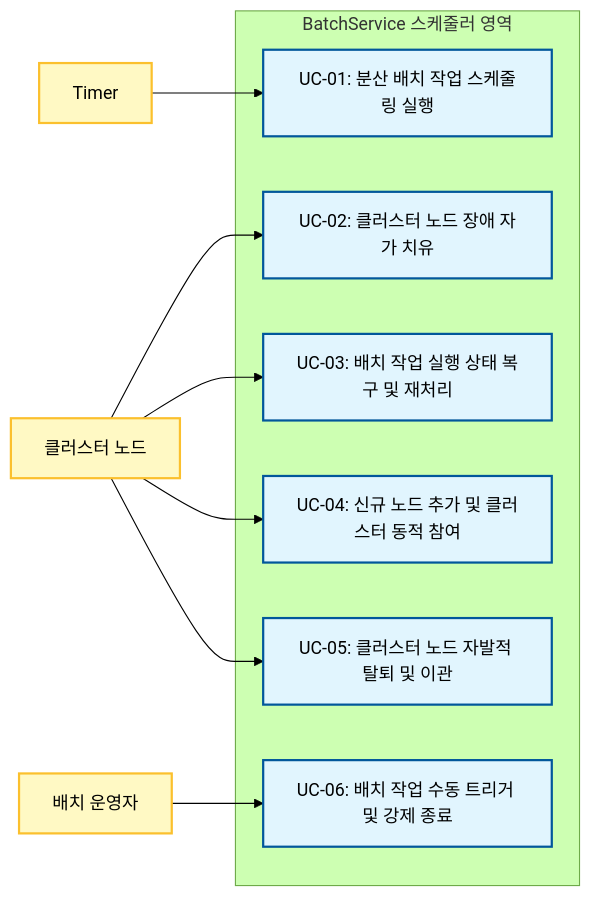
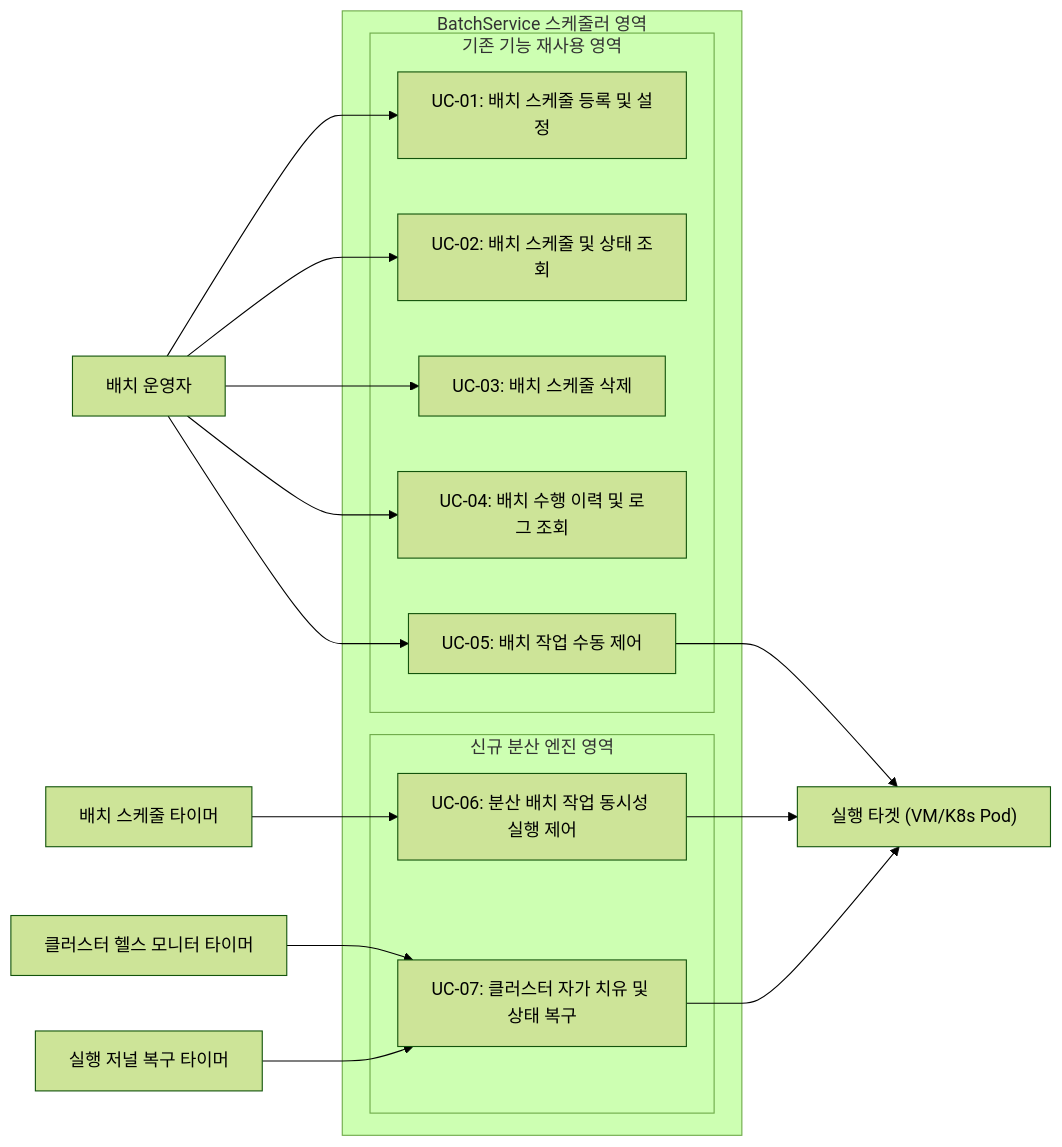
The diagram in ArchitectureSpecification/3. Architectural Driver/3.1 Use Case Model.md (reddiana/a-cert), drawn with Mermaid (forest theme) before and after one commit. The commit also changed other lines of this file and 53 other files, not shown here.

````diff
--- a/ArchitectureSpecification/3. Architectural Driver/3.1 Use Case Model.md
+++ b/ArchitectureSpecification/3. Architectural Driver/3.1 Use Case Model.md
@@ -5,30 +23,39 @@
 ```mermaid
 graph LR
     %% Actors
-    Timer[Timer]
     Operator[배치 운영자]
-    Nodes[클러스터 노드]
+    Timer01["배치 스케줄 타이머"]
+    Timer02["클러스터 헬스 모니터 타이머"]
+    Timer03["실행 저널 복구 타이머"]
+    Target["실행 타겟 (VM/K8s Pod)"]
 
     subgraph BatchService_Scheduler [BatchService 스케줄러 영역]
-        UC01["UC-01: 분산 배치 작업 스케줄링 실행"]
-        UC02["UC-02: 클러스터 노드 장애 자가 치유"]
-        UC03["UC-03: 배치 작업 실행 상태 복구 및 재처리"]
-        UC04["UC-04: 신규 노드 추가 및 클러스터 동적 참여"]
-        UC05["UC-05: 클러스터 노드 자발적 탈퇴 및 이관"]
-        UC06["UC-06: 배치 작업 수동 트리거 및 강제 종료"]
+        subgraph Reused_Features [기존 기능 재사용 영역]
+            UC01["UC-01: 배치 스케줄 등록 및 설정"]
+            UC02["UC-02: 배치 스케줄 및 상태 조회"]
+            UC03["UC-03: 배치 스케줄 삭제"]
+            UC04["UC-04: 배치 수행 이력 및 로그 조회"]
+            UC05["UC-05: 배치 작업 수동 제어"]
+        end
+        
+        subgraph New_Redesigned [신규 분산 엔진 영역]
+            UC06["UC-06: 분산 배치 작업 동시성 실행 제어"]
+            UC07["UC-07: 클러스터 자가 치유 및 상태 복구"]
+        end
     end
 
     %% Relations
-    Timer --> UC01
-    Nodes --> UC02
-    Nodes --> UC03
-    Nodes --> UC04
-    Nodes --> UC05
-    Operator --> UC06
+    Operator --> UC01
+    Operator --> UC02
+    Operator --> UC03
+    Operator --> UC04
+    Operator --> UC05
 
-    %% Styling
-    classDef actor fill:#fff9c4,stroke:#fbc02d,stroke-width:2px;
-    classDef uc fill:#e1f5fe,stroke:#01579b,stroke-width:2px;
-    class Timer,Operator,Nodes actor;
-    class UC01,UC02,UC03,UC04,UC05,UC06 uc;
+    Timer01 --> UC06
+    Timer02 --> UC07
+    Timer03 --> UC07
+    
+    UC05 --> Target
+    UC06 --> Target
+    UC07 --> Target
 ```
````
